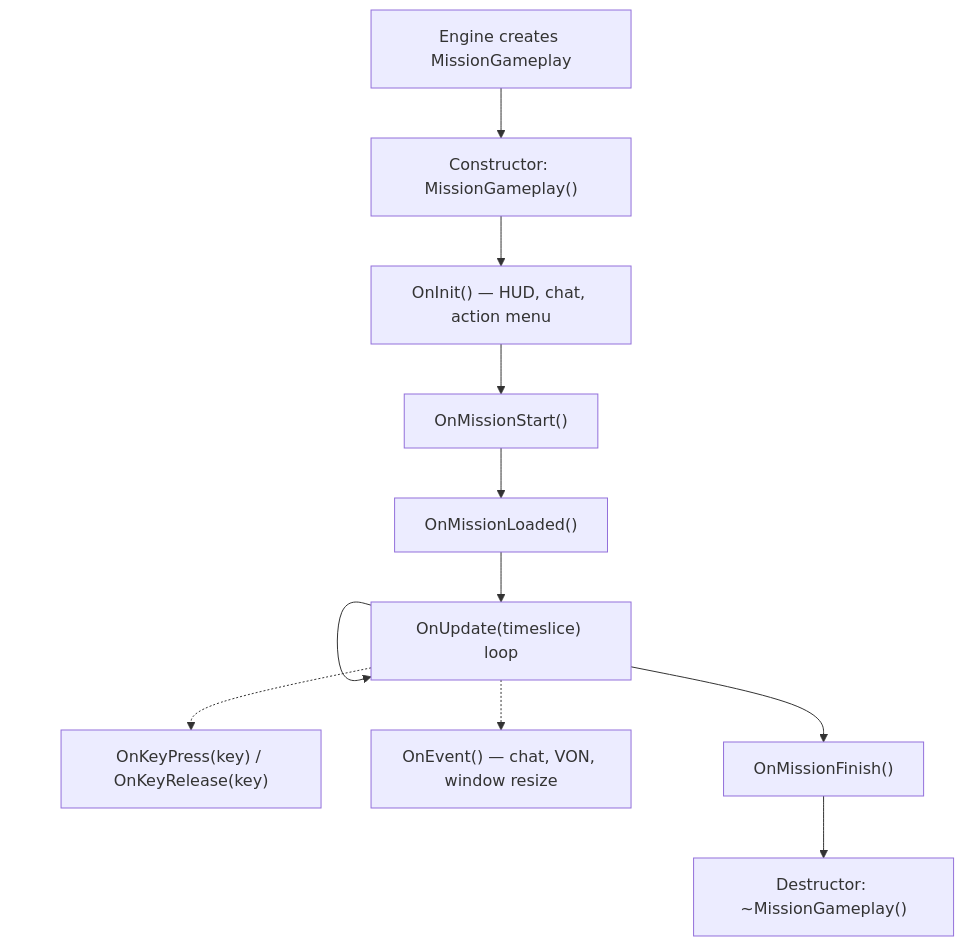
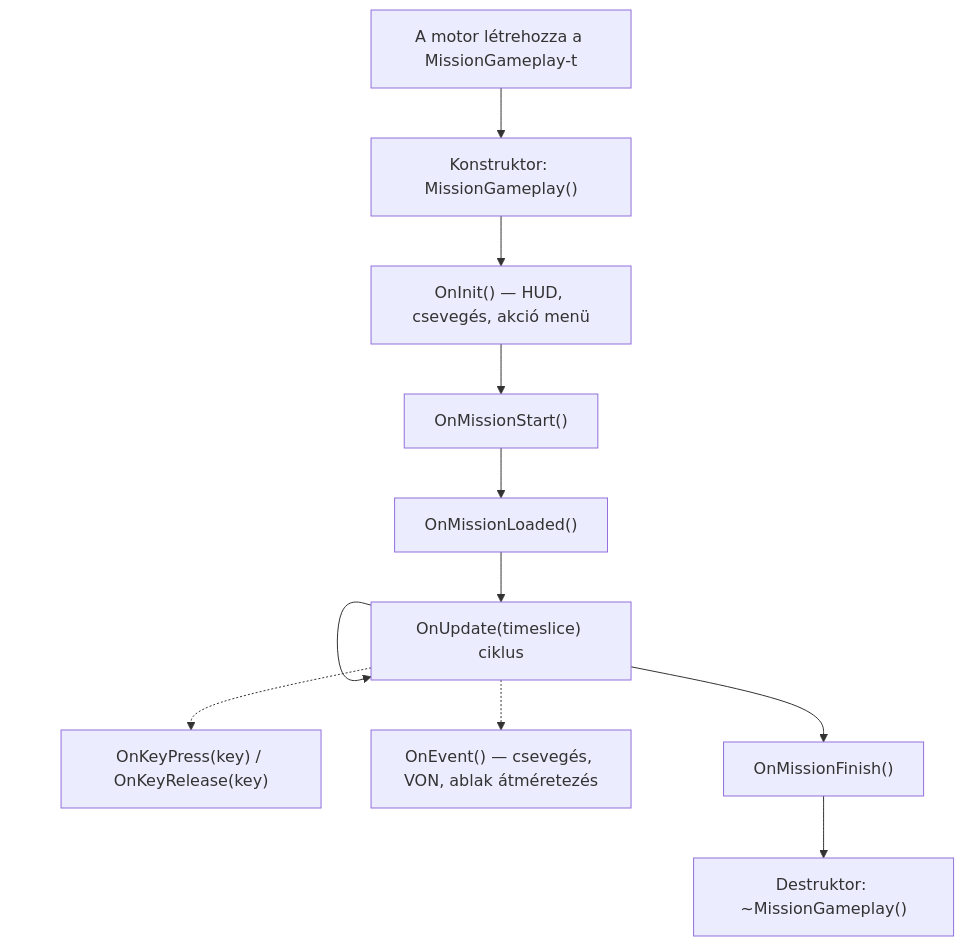
Before and after one commit to StarDZ-Team/DayZ-Modding-Wiki: the second of 5 diagrams in hu/06-engine-api/11-mission-hooks.md, drawn with Mermaid. The commit also changed other lines of this file and 17 other files, not shown here.

````diff
--- a/hu/06-engine-api/11-mission-hooks.md
+++ b/hu/06-engine-api/11-mission-hooks.md
@@ -56,14 +56,14 @@
 ```mermaid
 flowchart TD
-    A["Engine creates MissionGameplay"] --> B["Constructor: MissionGameplay()"]
-    B --> C["OnInit() — HUD, chat, action menu"]
+    A["A motor létrehozza a MissionGameplay-t"] --> B["Konstruktor: MissionGameplay()"]
+    B --> C["OnInit() — HUD, csevegés, akció menü"]
     C --> D["OnMissionStart()"]
     D --> E["OnMissionLoaded()"]
-    E --> F["OnUpdate(timeslice) loop"]
+    E --> F["OnUpdate(timeslice) ciklus"]
     F --> F
     F --> G["OnMissionFinish()"]
-    G --> H["Destructor: ~MissionGameplay()"]
+    G --> H["Destruktor: ~MissionGameplay()"]
 
     F -.-> I["OnKeyPress(key) / OnKeyRelease(key)"]
-    F -.-> J["OnEvent() — chat, VON, window resize"]
+    F -.-> J["OnEvent() — csevegés, VON, ablak átméretezés"]
 ```
````
